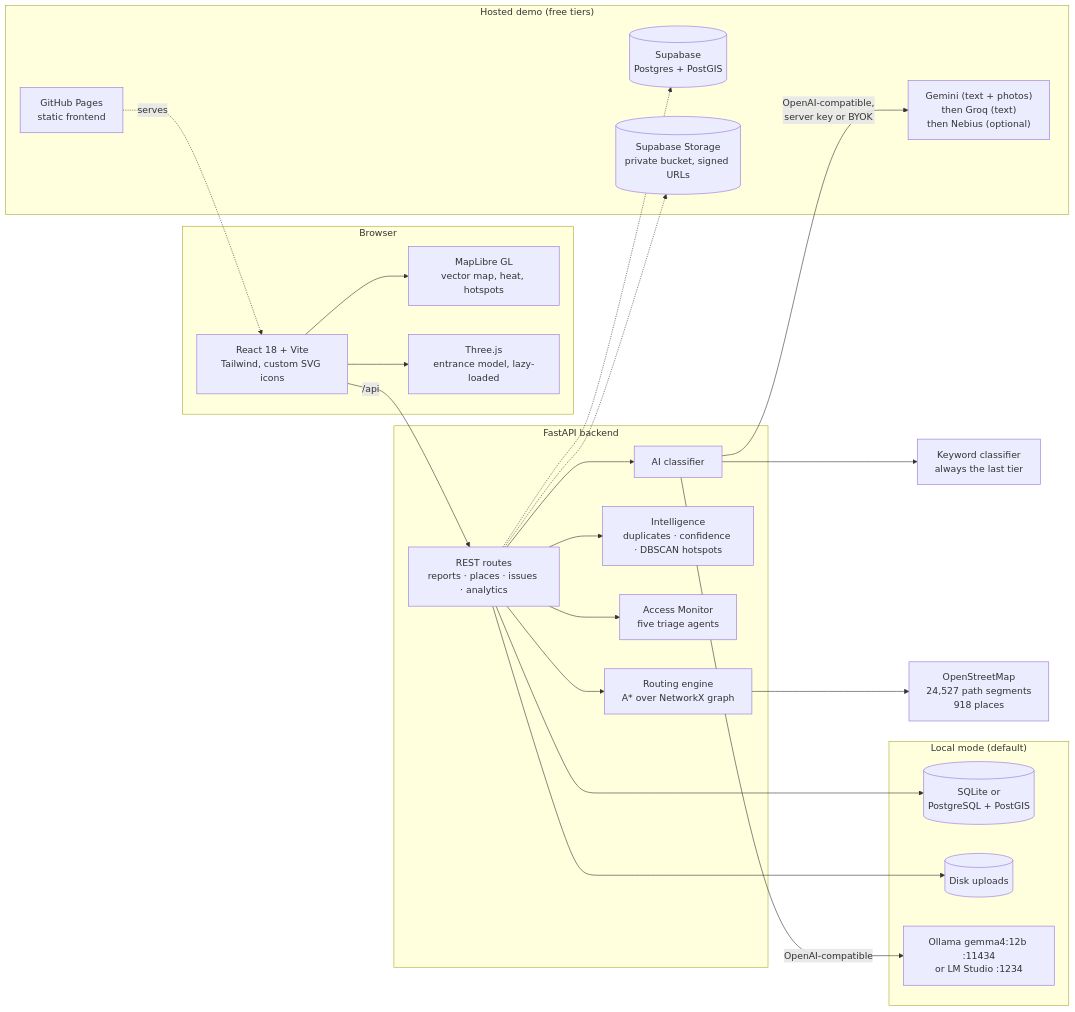
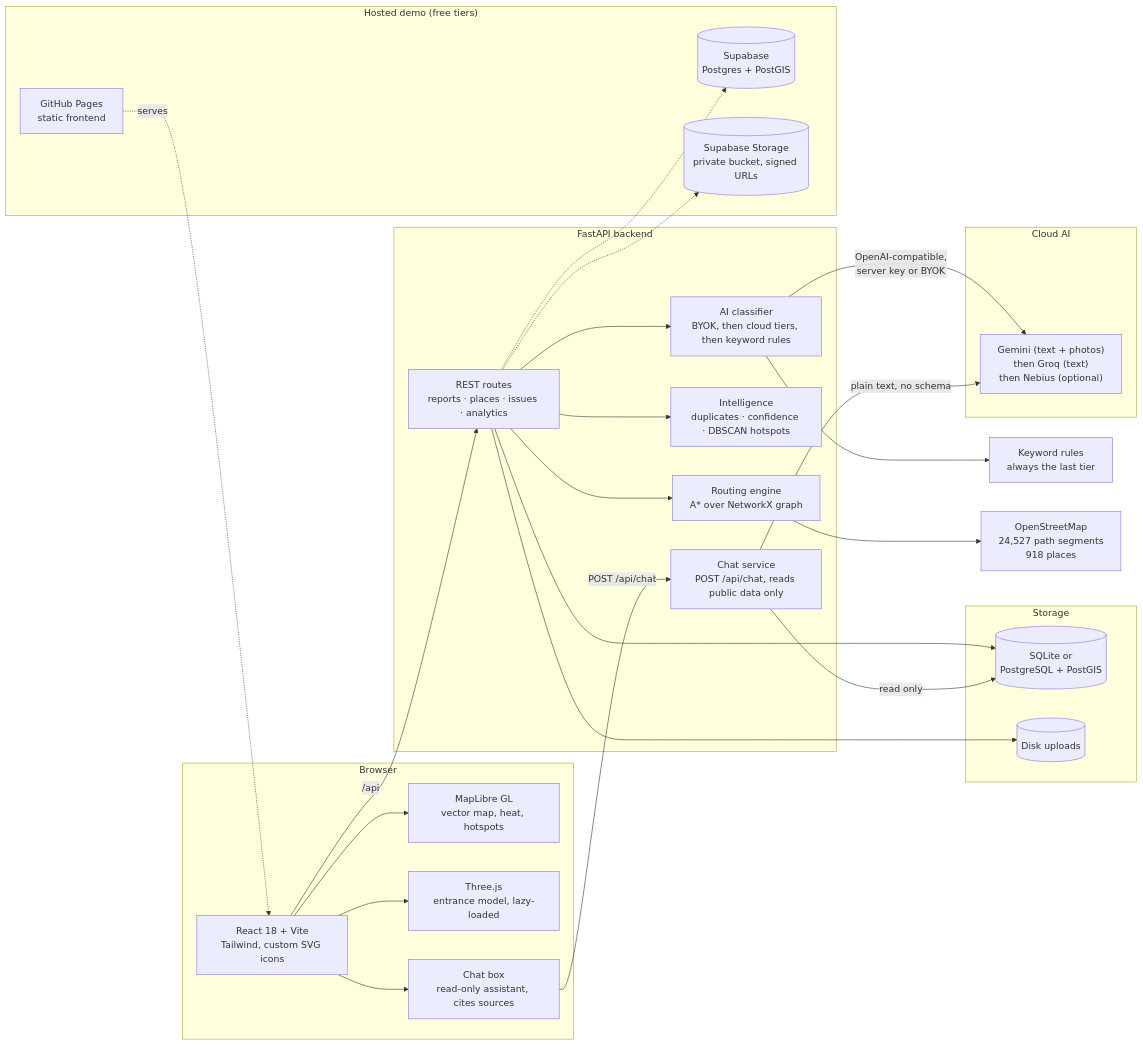
The diagram in README.md (Sonesh-2202/Access-Signal), drawn with Mermaid before and after one commit. The commit also changed other lines of this file and 63 other files, not shown here.

First line of the commit message:
refactor: remove agents system and migrate to cloud-only AI with chat assistant

````diff
--- a/README.md
+++ b/README.md
@@ -103,49 +103,54 @@
 ```mermaid
 flowchart LR
     subgraph Browser["Browser"]
         UI["React 18 + Vite<br/>Tailwind, custom SVG icons"]
         Map["MapLibre GL<br/>vector map, heat, hotspots"]
         Three["Three.js<br/>entrance model, lazy-loaded"]
+        Chat["Chat box<br/>read-only assistant, cites sources"]
     end
 
     subgraph API["FastAPI backend"]
         Routes["REST routes<br/>reports · places · issues · analytics"]
         Route["Routing engine<br/>A* over NetworkX graph"]
         Intel["Intelligence<br/>duplicates · confidence · DBSCAN hotspots"]
-        Agents["Access Monitor<br/>five triage agents"]
-        AI["AI classifier"]
+        AI["AI classifier<br/>BYOK, then cloud tiers, then keyword rules"]
+        ChatAPI["Chat service<br/>POST /api/chat, reads public data only"]
     end
 
-    subgraph Local["Local mode (default)"]
+    subgraph Storage["Storage"]
         DB[("SQLite or<br/>PostgreSQL + PostGIS")]
         Disk[("Disk uploads")]
-        LM["Ollama gemma4:12b :11434<br/>or LM Studio :1234"]
     end
 
     subgraph Hosted["Hosted demo (free tiers)"]
         Pages["GitHub Pages<br/>static frontend"]
         Supa[("Supabase<br/>Postgres + PostGIS")]
         Bucket[("Supabase Storage<br/>private bucket, signed URLs")]
-        Cloud["Gemini (text + photos)<br/>then Groq (text)<br/>then Nebius (optional)"]
     end
 
-    KW["Keyword classifier<br/>always the last tier"]
+    subgraph Cloud["Cloud AI"]
+        CloudAI["Gemini (text + photos)<br/>then Groq (text)<br/>then Nebius (optional)"]
+    end
+
+    KW["Keyword rules<br/>always the last tier"]
     OSM["OpenStreetMap<br/>24,527 path segments<br/>918 places"]
 
     UI --> Map
     UI --> Three
+    UI --> Chat
     UI -- "/api" --> Routes
+    Chat -- "POST /api/chat" --> ChatAPI
     Pages -. "serves" .-> UI
     Routes --> Route
     Routes --> Intel
-    Routes --> Agents
     Routes --> AI
-    AI -- "OpenAI-compatible" --> LM
-    AI -- "OpenAI-compatible,<br/>server key or BYOK" --> Cloud
+    AI -- "OpenAI-compatible,<br/>server key or BYOK" --> CloudAI
+    ChatAPI -- "plain text, no schema" --> CloudAI
     AI --> KW
     Routes --> DB
+    ChatAPI -- "read only" --> DB
     Routes --> Disk
     Routes -.-> Supa
     Routes -.-> Bucket
     Route --> OSM
 ```
````
